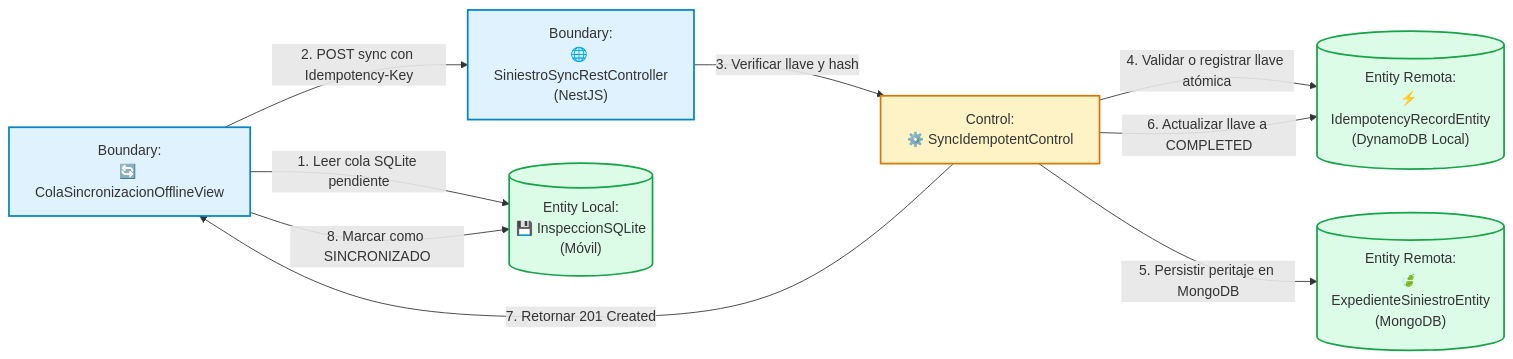
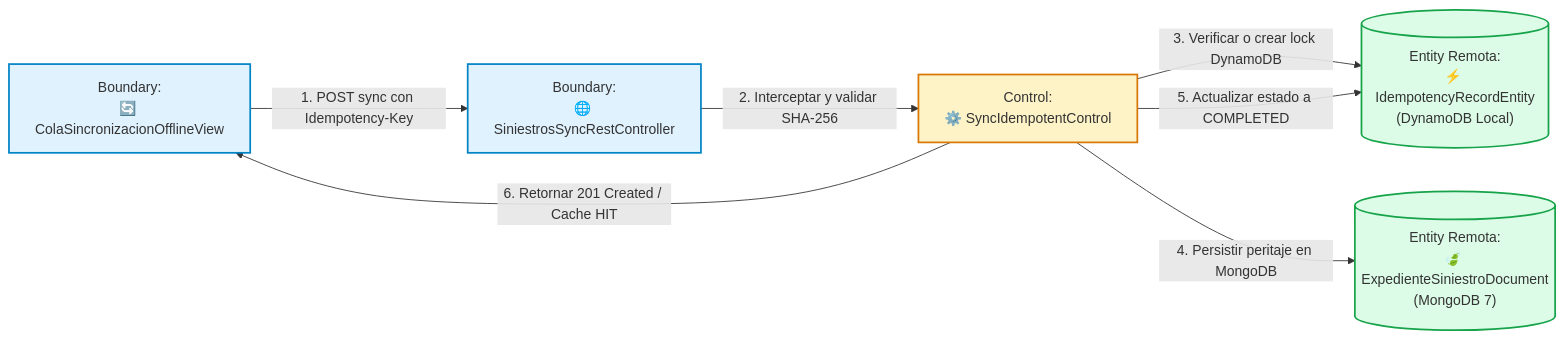
One commit to DiegoxdGarcia2/2doParcialSW2 changed the sixth of 15 diagrams in docs/opcion_B_documentacion.md. Above: the diagram before and after it, drawn with Mermaid. The commit also changed other lines of this file and 10 other files, not shown here.

Commit message:
docs: actualizar documentacion formal segun guias GuiaDocIconix y agregar panel de navegacion con 14 diagramas en archivo .qea

````diff
--- a/docs/opcion_B_documentacion.md
+++ b/docs/opcion_B_documentacion.md
@@ -425,22 +574,19 @@
 ```mermaid
 graph LR
     classDef boundary fill:#E0F2FE,stroke:#0284C7,stroke-width:2px;
     classDef control fill:#FEF3C7,stroke:#D97706,stroke-width:2px;
     classDef entity fill:#DCFCE7,stroke:#16A34A,stroke-width:2px;
 
     B1["Boundary:\n🔄 ColaSincronizacionOfflineView"]:::boundary
-    B2["Boundary:\n🌐 SiniestroSyncRestController\n(NestJS)"]:::boundary
+    B2["Boundary:\n🌐 SiniestrosSyncRestController"]:::boundary
     C1["Control:\n⚙️ SyncIdempotentControl"]:::control
-    E1[("Entity Local:\n💾 InspeccionSQLite\n(Móvil)")]:::entity
-    E2[("Entity Remota:\n⚡ IdempotencyRecordEntity\n(DynamoDB Local)")]:::entity
-    E3[("Entity Remota:\n🍃 ExpedienteSiniestroEntity\n(MongoDB)")]:::entity
+    E1[("Entity Remota:\n⚡ IdempotencyRecordEntity\n(DynamoDB Local)")]:::entity
+    E2[("Entity Remota:\n🍃 ExpedienteSiniestroDocument\n(MongoDB 7)")]:::entity
 
-    B1 -->|1. Leer cola SQLite pendiente| E1
-    B1 -->|2. POST sync con Idempotency-Key| B2
-    B2 -->|3. Verificar llave y hash| C1
-    C1 -->|4. Validar o registrar llave atómica| E2
-    C1 -->|5. Persistir peritaje en MongoDB| E3
-    C1 -->|6. Actualizar llave a COMPLETED| E2
-    C1 -->|7. Retornar 201 Created| B1
-    B1 -->|8. Marcar como SINCRONIZADO| E1
+    B1 -->|1. POST sync con Idempotency-Key| B2
+    B2 -->|2. Interceptar y validar SHA-256| C1
+    C1 -->|3. Verificar o crear lock DynamoDB| E1
+    C1 -->|4. Persistir peritaje en MongoDB| E2
+    C1 -->|5. Actualizar estado a COMPLETED| E1
+    C1 -->|6. Retornar 201 Created / Cache HIT| B1
 ```
````
